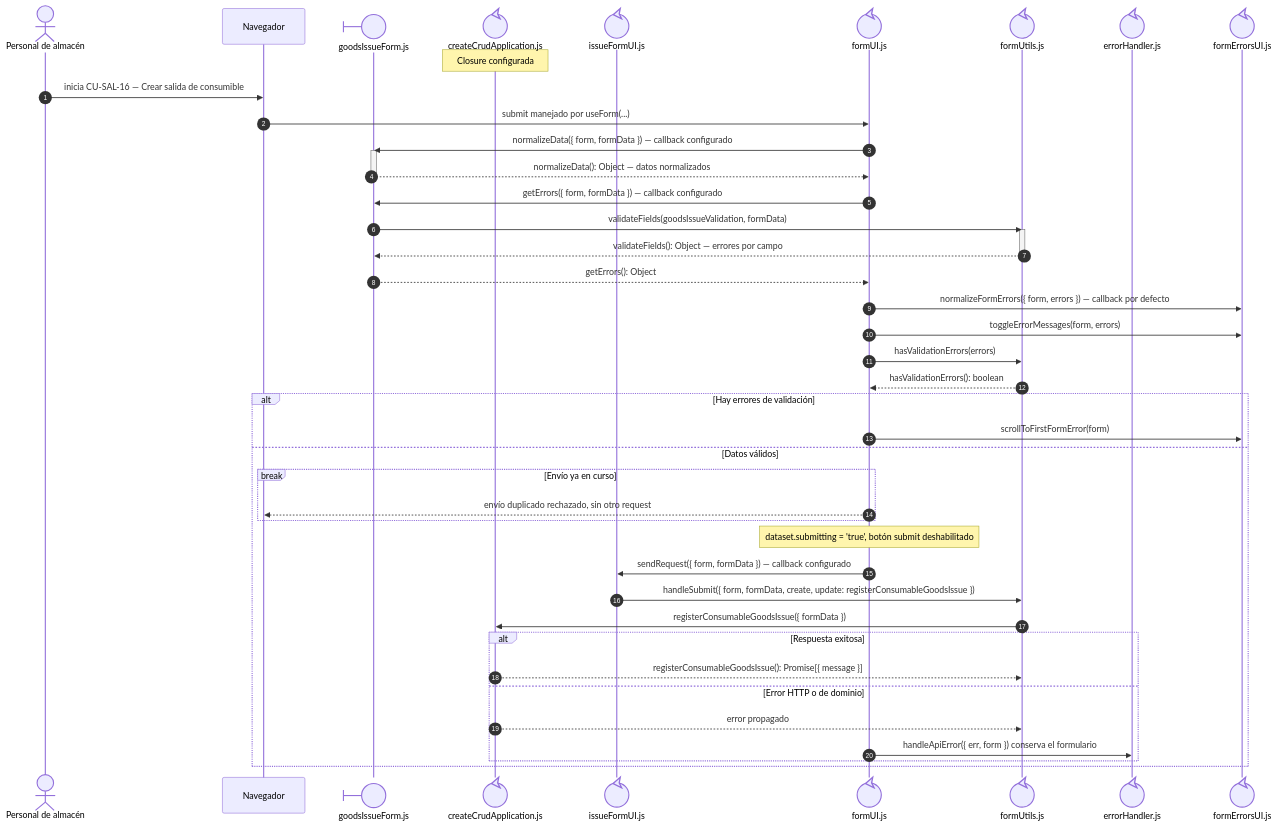
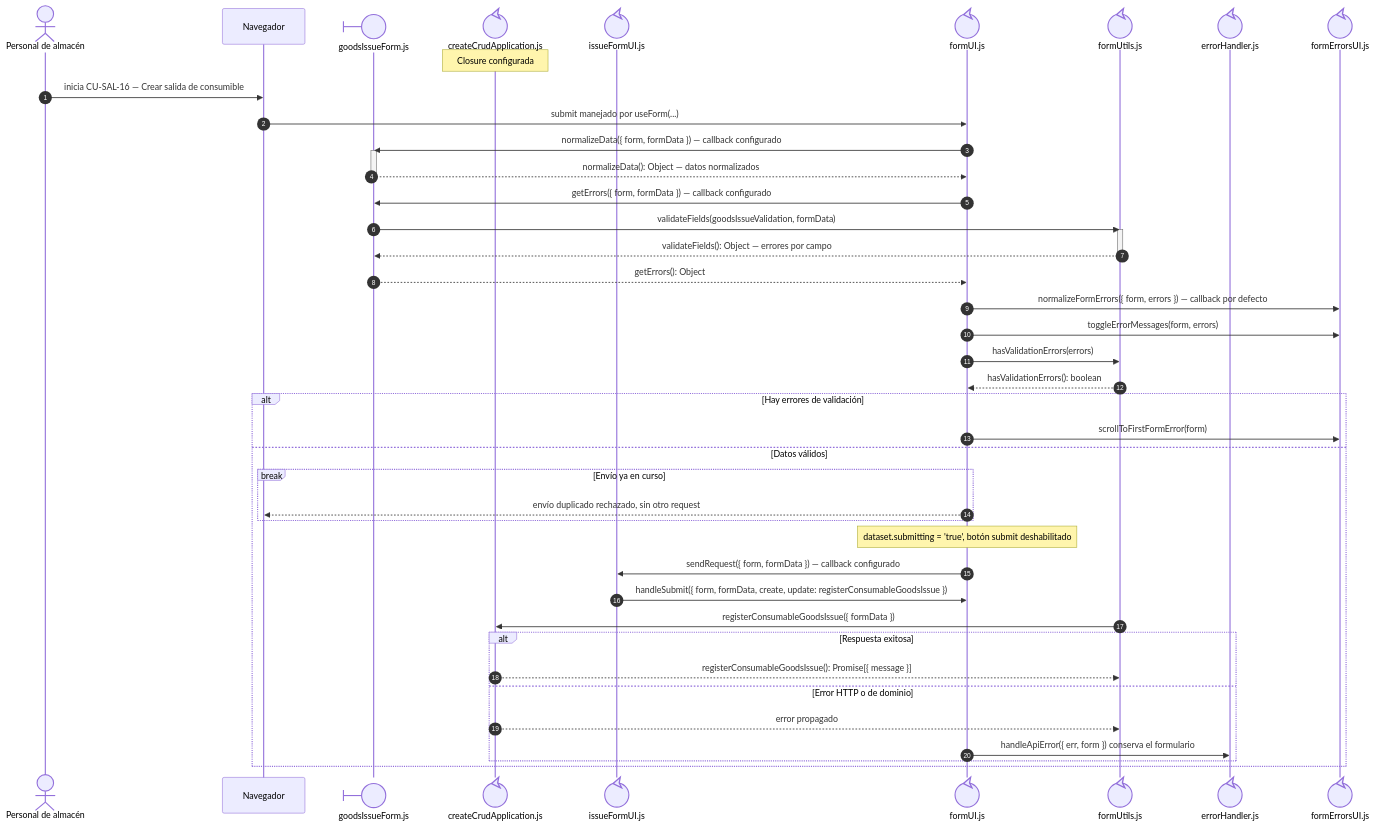
The second of 3 diagrams in docs/architecture/views/processes/frontend-code-sequences/issues/cu-sal-16.md (gpgsistemas01/nexus), drawn with Mermaid before and after one commit. The commit also changed other lines of this file and 200 other files, not shown here.

````diff
--- a/docs/architecture/views/processes/frontend-code-sequences/issues/cu-sal-16.md
+++ b/docs/architecture/views/processes/frontend-code-sequences/issues/cu-sal-16.md
@@ -138,49 +140,49 @@
 ```mermaid
 sequenceDiagram
     autonumber
     actor Initiator as Personal de almacén
     participant Browser as Navegador
     participant View@{ "type": "boundary" } as goodsIssueForm.js
     participant Application@{ "type": "control" } as createCrudApplication.js
     participant IssueUI@{ "type": "control" } as issueFormUI.js
     participant Form@{ "type": "control" } as formUI.js
     participant FormUtils@{ "type": "control" } as formUtils.js
 
     participant FileErrorHandler@{ "type": "control" } as errorHandler.js
     participant FileFormErrorsUI@{ "type": "control" } as formErrorsUI.js
 
     Note over Application: Closure configurada
     Initiator->>Browser: inicia CU-SAL-16 — Crear salida de consumible
     Browser->>Form: submit manejado por useForm(...)
     Form->>View: normalizeData({ form, formData }) — callback configurado
     activate View
     View-->>Form: normalizeData(): Object — datos normalizados
     deactivate View
     Form->>View: getErrors({ form, formData }) — callback configurado
     View->>FormUtils: validateFields(goodsIssueValidation, formData)
     activate FormUtils
     FormUtils-->>View: validateFields(): Object — errores por campo
     deactivate FormUtils
     View-->>Form: getErrors(): Object
     Form->>FileFormErrorsUI: normalizeFormErrors({ form, errors }) — callback por defecto
     Form->>FileFormErrorsUI: toggleErrorMessages(form, errors)
     Form->>FormUtils: hasValidationErrors(errors)
     FormUtils-->>Form: hasValidationErrors(): boolean
     alt Hay errores de validación
         Form->>FileFormErrorsUI: scrollToFirstFormError(form)
     else Datos válidos
         break Envío ya en curso
             Form-->>Browser: envío duplicado rechazado, sin otro request
     end
         Note over Form: dataset.submitting = 'true', botón submit deshabilitado
         Form->>IssueUI: sendRequest({ form, formData }) — callback configurado
-        IssueUI->>FormUtils: handleSubmit({ form, formData, create, update: registerConsumableGoodsIssue })
+        IssueUI->>Form: handleSubmit({ form, formData, create, update: registerConsumableGoodsIssue })
         FormUtils->>Application: registerConsumableGoodsIssue({ formData })
         alt Respuesta exitosa
             Application-->>FormUtils: registerConsumableGoodsIssue(): Promise[{ message }]
         else Error HTTP o de dominio
             Application-->>FormUtils: error propagado
             Form->>FileErrorHandler: handleApiError({ err, form }) conserva el formulario
     end
     end
 ```
````
